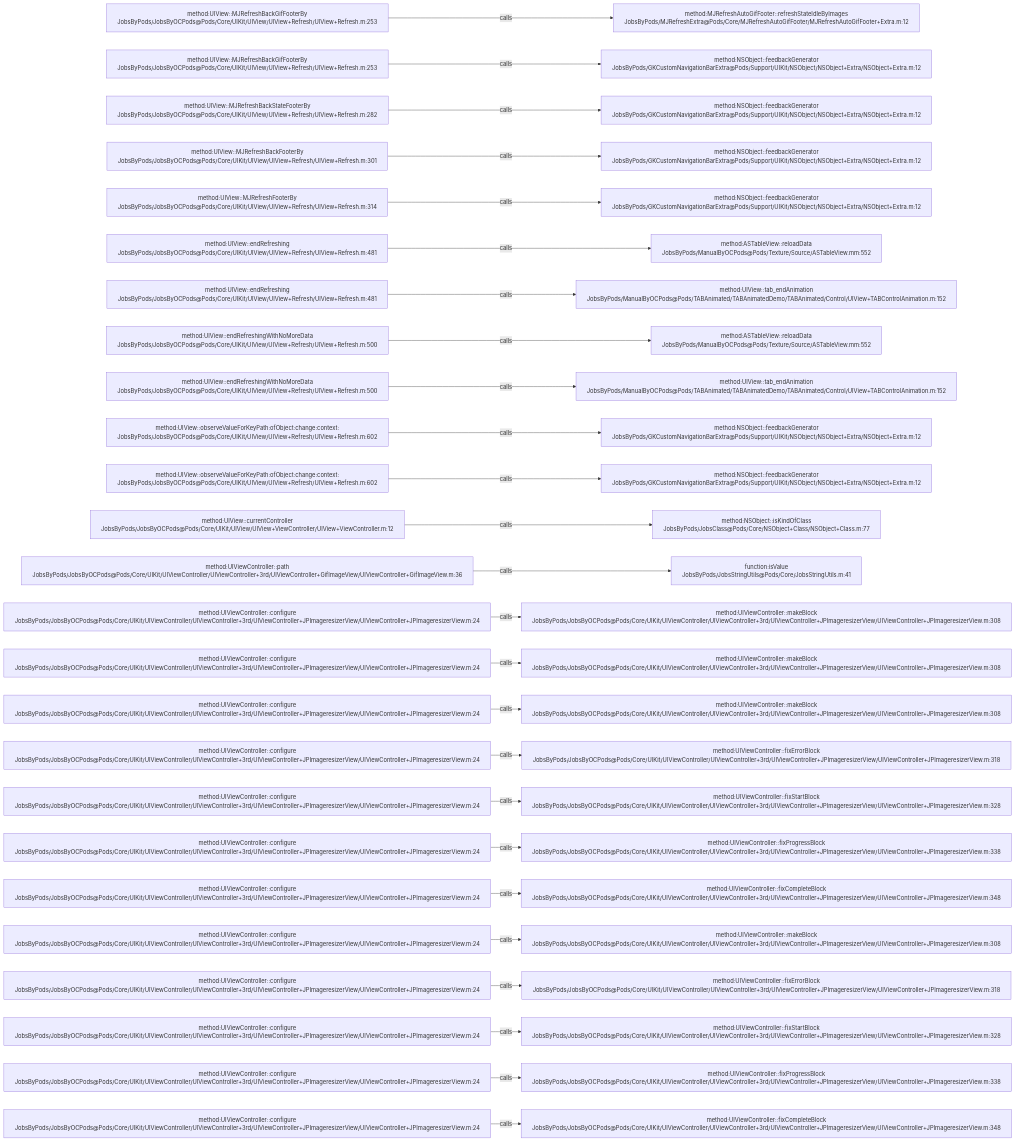
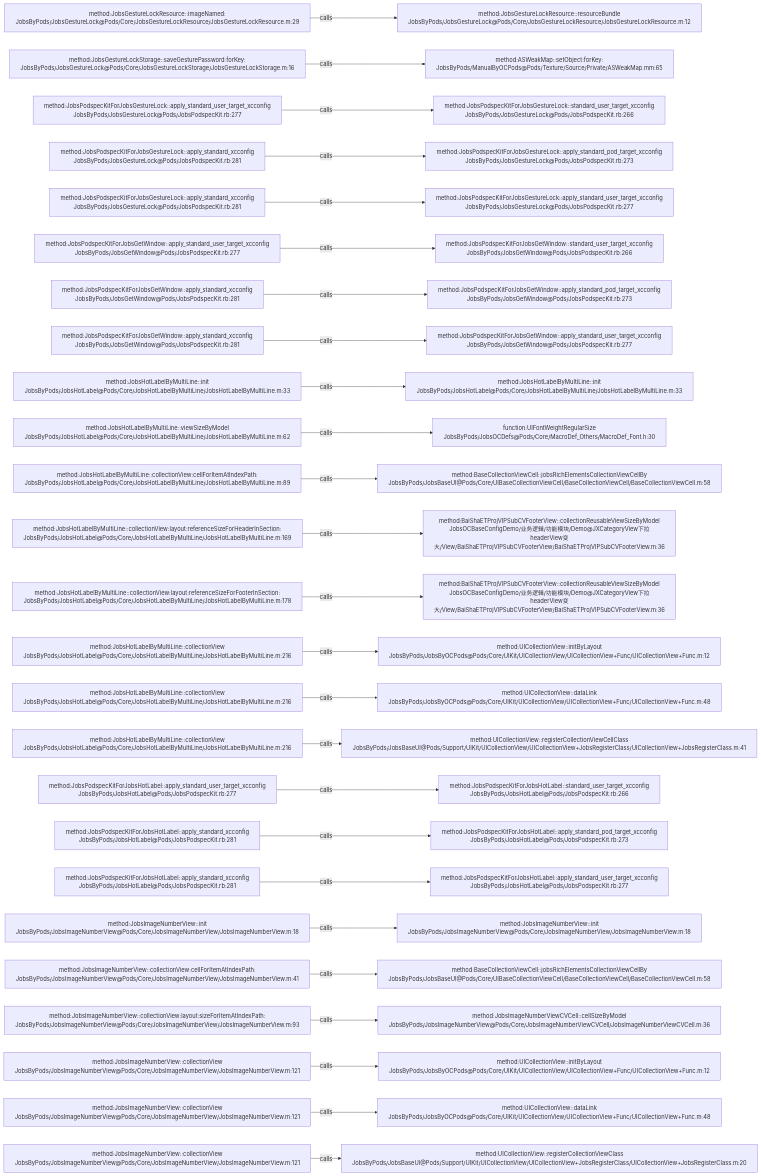
Before and after one commit to JobsKits/JobsOCBaseConfigDemo: the diagram in .codegraph/codegraph.md/graphs/calls-067.md, drawn with Mermaid. The commit also changed 573 other files, not shown here.

````diff
--- a/.codegraph/codegraph.md/graphs/calls-067.md
+++ b/.codegraph/codegraph.md/graphs/calls-067.md
@@ -13,78 +13,78 @@
 ```mermaid
 flowchart LR
-  S1["method:UIView::MJRefreshBackGifFooterBy<br/>JobsByPods/JobsByOCPods@Pods/Core/UIKit/UIView/UIView+Refresh/UIView+Refresh.m:253"]
-  T1["method:MJRefreshAutoGifFooter::refreshStateIdleByImages<br/>JobsByPods/MJRefreshExtra@Pods/Core/MJRefreshAutoGifFooter/MJRefreshAutoGifFooter+Extra.m:12"]
+  S1["method:JobsGestureLockResource::imageNamed:<br/>JobsByPods/JobsGestureLock@Pods/Core/JobsGestureLockResource/JobsGestureLockResource.m:29"]
+  T1["method:JobsGestureLockResource::resourceBundle<br/>JobsByPods/JobsGestureLock@Pods/Core/JobsGestureLockResource/JobsGestureLockResource.m:12"]
   S1 -->|calls| T1
-  S2["method:UIView::MJRefreshBackGifFooterBy<br/>JobsByPods/JobsByOCPods@Pods/Core/UIKit/UIView/UIView+Refresh/UIView+Refresh.m:253"]
-  T2["method:NSObject::feedbackGenerator<br/>JobsByPods/GKCustomNavigationBarExtra@Pods/Support/UIKit/NSObject/NSObject+Extra/NSObject+Extra.m:12"]
+  S2["method:JobsGestureLockStorage::saveGesturePassword:forKey:<br/>JobsByPods/JobsGestureLock@Pods/Core/JobsGestureLockStorage/JobsGestureLockStorage.m:16"]
+  T2["method:ASWeakMap::setObject:forKey:<br/>JobsByPods/ManualByOCPods@Pods/Texture/Source/Private/ASWeakMap.mm:65"]
   S2 -->|calls| T2
-  S3["method:UIView::MJRefreshBackStateFooterBy<br/>JobsByPods/JobsByOCPods@Pods/Core/UIKit/UIView/UIView+Refresh/UIView+Refresh.m:282"]
-  T3["method:NSObject::feedbackGenerator<br/>JobsByPods/GKCustomNavigationBarExtra@Pods/Support/UIKit/NSObject/NSObject+Extra/NSObject+Extra.m:12"]
+  S3["method:JobsPodspecKitForJobsGestureLock::apply_standard_user_target_xcconfig<br/>JobsByPods/JobsGestureLock@Pods/JobsPodspecKit.rb:277"]
+  T3["method:JobsPodspecKitForJobsGestureLock::standard_user_target_xcconfig<br/>JobsByPods/JobsGestureLock@Pods/JobsPodspecKit.rb:266"]
   S3 -->|calls| T3
-  S4["method:UIView::MJRefreshBackFooterBy<br/>JobsByPods/JobsByOCPods@Pods/Core/UIKit/UIView/UIView+Refresh/UIView+Refresh.m:301"]
-  T4["method:NSObject::feedbackGenerator<br/>JobsByPods/GKCustomNavigationBarExtra@Pods/Support/UIKit/NSObject/NSObject+Extra/NSObject+Extra.m:12"]
+  S4["method:JobsPodspecKitForJobsGestureLock::apply_standard_xcconfig<br/>JobsByPods/JobsGestureLock@Pods/JobsPodspecKit.rb:281"]
+  T4["method:JobsPodspecKitForJobsGestureLock::apply_standard_pod_target_xcconfig<br/>JobsByPods/JobsGestureLock@Pods/JobsPodspecKit.rb:273"]
   S4 -->|calls| T4
-  S5["method:UIView::MJRefreshFooterBy<br/>JobsByPods/JobsByOCPods@Pods/Core/UIKit/UIView/UIView+Refresh/UIView+Refresh.m:314"]
-  T5["method:NSObject::feedbackGenerator<br/>JobsByPods/GKCustomNavigationBarExtra@Pods/Support/UIKit/NSObject/NSObject+Extra/NSObject+Extra.m:12"]
+  S5["method:JobsPodspecKitForJobsGestureLock::apply_standard_xcconfig<br/>JobsByPods/JobsGestureLock@Pods/JobsPodspecKit.rb:281"]
+  T5["method:JobsPodspecKitForJobsGestureLock::apply_standard_user_target_xcconfig<br/>JobsByPods/JobsGestureLock@Pods/JobsPodspecKit.rb:277"]
   S5 -->|calls| T5
-  S6["method:UIView::endRefreshing<br/>JobsByPods/JobsByOCPods@Pods/Core/UIKit/UIView/UIView+Refresh/UIView+Refresh.m:481"]
-  T6["method:ASTableView::reloadData<br/>JobsByPods/ManualByOCPods@Pods/Texture/Source/ASTableView.mm:552"]
+  S6["method:JobsPodspecKitForJobsGetWindow::apply_standard_user_target_xcconfig<br/>JobsByPods/JobsGetWindow@Pods/JobsPodspecKit.rb:277"]
+  T6["method:JobsPodspecKitForJobsGetWindow::standard_user_target_xcconfig<br/>JobsByPods/JobsGetWindow@Pods/JobsPodspecKit.rb:266"]
   S6 -->|calls| T6
-  S7["method:UIView::endRefreshing<br/>JobsByPods/JobsByOCPods@Pods/Core/UIKit/UIView/UIView+Refresh/UIView+Refresh.m:481"]
-  T7["method:UIView::tab_endAnimation<br/>JobsByPods/ManualByOCPods@Pods/TABAnimated/TABAnimatedDemo/TABAnimated/Control/UIView+TABControlAnimation.m:152"]
+  S7["method:JobsPodspecKitForJobsGetWindow::apply_standard_xcconfig<br/>JobsByPods/JobsGetWindow@Pods/JobsPodspecKit.rb:281"]
+  T7["method:JobsPodspecKitForJobsGetWindow::apply_standard_pod_target_xcconfig<br/>JobsByPods/JobsGetWindow@Pods/JobsPodspecKit.rb:273"]
   S7 -->|calls| T7
-  S8["method:UIView::endRefreshingWithNoMoreData<br/>JobsByPods/JobsByOCPods@Pods/Core/UIKit/UIView/UIView+Refresh/UIView+Refresh.m:500"]
-  T8["method:ASTableView::reloadData<br/>JobsByPods/ManualByOCPods@Pods/Texture/Source/ASTableView.mm:552"]
+  S8["method:JobsPodspecKitForJobsGetWindow::apply_standard_xcconfig<br/>JobsByPods/JobsGetWindow@Pods/JobsPodspecKit.rb:281"]
+  T8["method:JobsPodspecKitForJobsGetWindow::apply_standard_user_target_xcconfig<br/>JobsByPods/JobsGetWindow@Pods/JobsPodspecKit.rb:277"]
   S8 -->|calls| T8
-  S9["method:UIView::endRefreshingWithNoMoreData<br/>JobsByPods/JobsByOCPods@Pods/Core/UIKit/UIView/UIView+Refresh/UIView+Refresh.m:500"]
-  T9["method:UIView::tab_endAnimation<br/>JobsByPods/ManualByOCPods@Pods/TABAnimated/TABAnimatedDemo/TABAnimated/Control/UIView+TABControlAnimation.m:152"]
+  S9["method:JobsHotLabelByMultiLine::init<br/>JobsByPods/JobsHotLabel@Pods/Core/JobsHotLabelByMultiLine/JobsHotLabelByMultiLine.m:33"]
+  T9["method:JobsHotLabelByMultiLine::init<br/>JobsByPods/JobsHotLabel@Pods/Core/JobsHotLabelByMultiLine/JobsHotLabelByMultiLine.m:33"]
   S9 -->|calls| T9
-  S10["method:UIView::observeValueForKeyPath:ofObject:change:context:<br/>JobsByPods/JobsByOCPods@Pods/Core/UIKit/UIView/UIView+Refresh/UIView+Refresh.m:602"]
-  T10["method:NSObject::feedbackGenerator<br/>JobsByPods/GKCustomNavigationBarExtra@Pods/Support/UIKit/NSObject/NSObject+Extra/NSObject+Extra.m:12"]
+  S10["method:JobsHotLabelByMultiLine::viewSizeByModel<br/>JobsByPods/JobsHotLabel@Pods/Core/JobsHotLabelByMultiLine/JobsHotLabelByMultiLine.m:62"]
+  T10["function:UIFontWeightRegularSize<br/>JobsByPods/JobsOCDefs@Pods/Core/MacroDef_Others/MacroDef_Font.h:30"]
   S10 -->|calls| T10
-  S11["method:UIView::observeValueForKeyPath:ofObject:change:context:<br/>JobsByPods/JobsByOCPods@Pods/Core/UIKit/UIView/UIView+Refresh/UIView+Refresh.m:602"]
-  T11["method:NSObject::feedbackGenerator<br/>JobsByPods/GKCustomNavigationBarExtra@Pods/Support/UIKit/NSObject/NSObject+Extra/NSObject+Extra.m:12"]
+  S11["method:JobsHotLabelByMultiLine::collectionView:cellForItemAtIndexPath:<br/>JobsByPods/JobsHotLabel@Pods/Core/JobsHotLabelByMultiLine/JobsHotLabelByMultiLine.m:89"]
+  T11["method:BaseCollectionViewCell::jobsRichElementsCollectionViewCellBy<br/>JobsByPods/JobsBaseUI@Pods/Core/UIBaseCollectionViewCell/BaseCollectionViewCell/BaseCollectionViewCell.m:58"]
   S11 -->|calls| T11
-  S12["method:UIView::currentController<br/>JobsByPods/JobsByOCPods@Pods/Core/UIKit/UIView/UIView+ViewController/UIView+ViewController.m:12"]
-  T12["method:NSObject::isKindOfClass<br/>JobsByPods/JobsClass@Pods/Core/NSObject+Class/NSObject+Class.m:77"]
+  S12["method:JobsHotLabelByMultiLine::collectionView:layout:referenceSizeForHeaderInSection:<br/>JobsByPods/JobsHotLabel@Pods/Core/JobsHotLabelByMultiLine/JobsHotLabelByMultiLine.m:169"]
+  T12["method:BaiShaETProjVIPSubCVFooterView::collectionReusableViewSizeByModel<br/>JobsOCBaseConfigDemo/业务逻辑/功能模块/Demo@JXCategoryView下拉headerView变大/View/BaiShaETProjVIPSubCVFooterView/BaiShaETProjVIPSubCVFooterView.m:36"]
   S12 -->|calls| T12
-  S13["method:UIViewController::path<br/>JobsByPods/JobsByOCPods@Pods/Core/UIKit/UIViewController/UIViewController+3rd/UIViewController+GifImageView/UIViewController+GifImageView.m:36"]
-  T13["function:isValue<br/>JobsByPods/JobsStringUtils@Pods/Core/JobsStringUtils.m:41"]
+  S13["method:JobsHotLabelByMultiLine::collectionView:layout:referenceSizeForFooterInSection:<br/>JobsByPods/JobsHotLabel@Pods/Core/JobsHotLabelByMultiLine/JobsHotLabelByMultiLine.m:178"]
+  T13["method:BaiShaETProjVIPSubCVFooterView::collectionReusableViewSizeByModel<br/>JobsOCBaseConfigDemo/业务逻辑/功能模块/Demo@JXCategoryView下拉headerView变大/View/BaiShaETProjVIPSubCVFooterView/BaiShaETProjVIPSubCVFooterView.m:36"]
   S13 -->|calls| T13
-  S14["method:UIViewController::configure<br/>JobsByPods/JobsByOCPods@Pods/Core/UIKit/UIViewController/UIViewController+3rd/UIViewController+JPImageresizerView/UIViewController+JPImageresizerView.m:24"]
-  T14["method:UIViewController::makeBlock<br/>JobsByPods/JobsByOCPods@Pods/Core/UIKit/UIViewController/UIViewController+3rd/UIViewController+JPImageresizerView/UIViewController+JPImageresizerView.m:308"]
+  S14["method:JobsHotLabelByMultiLine::collectionView<br/>JobsByPods/JobsHotLabel@Pods/Core/JobsHotLabelByMultiLine/JobsHotLabelByMultiLine.m:216"]
+  T14["method:UICollectionView::initByLayout<br/>JobsByPods/JobsByOCPods@Pods/Core/UIKit/UICollectionView/UICollectionView+Func/UICollectionView+Func.m:12"]
   S14 -->|calls| T14
-  S15["method:UIViewController::configure<br/>JobsByPods/JobsByOCPods@Pods/Core/UIKit/UIViewController/UIViewController+3rd/UIViewController+JPImageresizerView/UIViewController+JPImageresizerView.m:24"]
-  T15["method:UIViewController::makeBlock<br/>JobsByPods/JobsByOCPods@Pods/Core/UIKit/UIViewController/UIViewController+3rd/UIViewController+JPImageresizerView/UIViewController+JPImageresizerView.m:308"]
+  S15["method:JobsHotLabelByMultiLine::collectionView<br/>JobsByPods/JobsHotLabel@Pods/Core/JobsHotLabelByMultiLine/JobsHotLabelByMultiLine.m:216"]
+  T15["method:UICollectionView::dataLink<br/>JobsByPods/JobsByOCPods@Pods/Core/UIKit/UICollectionView/UICollectionView+Func/UICollectionView+Func.m:48"]
   S15 -->|calls| T15
-  S16["method:UIViewController::configure<br/>JobsByPods/JobsByOCPods@Pods/Core/UIKit/UIViewController/UIViewController+3rd/UIViewController+JPImageresizerView/UIViewController+JPImageresizerView.m:24"]
-  T16["method:UIViewController::makeBlock<br/>JobsByPods/JobsByOCPods@Pods/Core/UIKit/UIViewController/UIViewController+3rd/UIViewController+JPImageresizerView/UIViewController+JPImageresizerView.m:308"]
+  S16["method:JobsHotLabelByMultiLine::collectionView<br/>JobsByPods/JobsHotLabel@Pods/Core/JobsHotLabelByMultiLine/JobsHotLabelByMultiLine.m:216"]
+  T16["method:UICollectionView::registerCollectionViewCellClass<br/>JobsByPods/JobsBaseUI@Pods/Support/UIKit/UICollectionView/UICollectionView+JobsRegisterClass/UICollectionView+JobsRegisterClass.m:41"]
   S16 -->|calls| T16
-  S17["method:UIViewController::configure<br/>JobsByPods/JobsByOCPods@Pods/Core/UIKit/UIViewController/UIViewController+3rd/UIViewController+JPImageresizerView/UIViewController+JPImageresizerView.m:24"]
-  T17["method:UIViewController::fixErrorBlock<br/>JobsByPods/JobsByOCPods@Pods/Core/UIKit/UIViewController/UIViewController+3rd/UIViewController+JPImageresizerView/UIViewController+JPImageresizerView.m:318"]
+  S17["method:JobsPodspecKitForJobsHotLabel::apply_standard_user_target_xcconfig<br/>JobsByPods/JobsHotLabel@Pods/JobsPodspecKit.rb:277"]
+  T17["method:JobsPodspecKitForJobsHotLabel::standard_user_target_xcconfig<br/>JobsByPods/JobsHotLabel@Pods/JobsPodspecKit.rb:266"]
   S17 -->|calls| T17
-  S18["method:UIViewController::configure<br/>JobsByPods/JobsByOCPods@Pods/Core/UIKit/UIViewController/UIViewController+3rd/UIViewController+JPImageresizerView/UIViewController+JPImageresizerView.m:24"]
-  T18["method:UIViewController::fixStartBlock<br/>JobsByPods/JobsByOCPods@Pods/Core/UIKit/UIViewController/UIViewController+3rd/UIViewController+JPImageresizerView/UIViewController+JPImageresizerView.m:328"]
+  S18["method:JobsPodspecKitForJobsHotLabel::apply_standard_xcconfig<br/>JobsByPods/JobsHotLabel@Pods/JobsPodspecKit.rb:281"]
+  T18["method:JobsPodspecKitForJobsHotLabel::apply_standard_pod_target_xcconfig<br/>JobsByPods/JobsHotLabel@Pods/JobsPodspecKit.rb:273"]
   S18 -->|calls| T18
-  S19["method:UIViewController::configure<br/>JobsByPods/JobsByOCPods@Pods/Core/UIKit/UIViewController/UIViewController+3rd/UIViewController+JPImageresizerView/UIViewController+JPImageresizerView.m:24"]
-  T19["method:UIViewController::fixProgressBlock<br/>JobsByPods/JobsByOCPods@Pods/Core/UIKit/UIViewController/UIViewController+3rd/UIViewController+JPImageresizerView/UIViewController+JPImageresizerView.m:338"]
+  S19["method:JobsPodspecKitForJobsHotLabel::apply_standard_xcconfig<br/>JobsByPods/JobsHotLabel@Pods/JobsPodspecKit.rb:281"]
+  T19["method:JobsPodspecKitForJobsHotLabel::apply_standard_user_target_xcconfig<br/>JobsByPods/JobsHotLabel@Pods/JobsPodspecKit.rb:277"]
   S19 -->|calls| T19
-  S20["method:UIViewController::configure<br/>JobsByPods/JobsByOCPods@Pods/Core/UIKit/UIViewController/UIViewController+3rd/UIViewController+JPImageresizerView/UIViewController+JPImageresizerView.m:24"]
-  T20["method:UIViewController::fixCompleteBlock<br/>JobsByPods/JobsByOCPods@Pods/Core/UIKit/UIViewController/UIViewController+3rd/UIViewController+JPImageresizerView/UIViewController+JPImageresizerView.m:348"]
+  S20["method:JobsImageNumberView::init<br/>JobsByPods/JobsImageNumberView@Pods/Core/JobsImageNumberView/JobsImageNumberView.m:18"]
+  T20["method:JobsImageNumberView::init<br/>JobsByPods/JobsImageNumberView@Pods/Core/JobsImageNumberView/JobsImageNumberView.m:18"]
   S20 -->|calls| T20
-  S21["method:UIViewController::configure<br/>JobsByPods/JobsByOCPods@Pods/Core/UIKit/UIViewController/UIViewController+3rd/UIViewController+JPImageresizerView/UIViewController+JPImageresizerView.m:24"]
-  T21["method:UIViewController::makeBlock<br/>JobsByPods/JobsByOCPods@Pods/Core/UIKit/UIViewController/UIViewController+3rd/UIViewController+JPImageresizerView/UIViewController+JPImageresizerView.m:308"]
+  S21["method:JobsImageNumberView::collectionView:cellForItemAtIndexPath:<br/>JobsByPods/JobsImageNumberView@Pods/Core/JobsImageNumberView/JobsImageNumberView.m:41"]
+  T21["method:BaseCollectionViewCell::jobsRichElementsCollectionViewCellBy<br/>JobsByPods/JobsBaseUI@Pods/Core/UIBaseCollectionViewCell/BaseCollectionViewCell/BaseCollectionViewCell.m:58"]
   S21 -->|calls| T21
-  S22["method:UIViewController::configure<br/>JobsByPods/JobsByOCPods@Pods/Core/UIKit/UIViewController/UIViewController+3rd/UIViewController+JPImageresizerView/UIViewController+JPImageresizerView.m:24"]
-  T22["method:UIViewController::fixErrorBlock<br/>JobsByPods/JobsByOCPods@Pods/Core/UIKit/UIViewController/UIViewController+3rd/UIViewController+JPImageresizerView/UIViewController+JPImageresizerView.m:318"]
+  S22["method:JobsImageNumberView::collectionView:layout:sizeForItemAtIndexPath:<br/>JobsByPods/JobsImageNumberView@Pods/Core/JobsImageNumberView/JobsImageNumberView.m:93"]
+  T22["method:JobsImageNumberViewCVCell::cellSizeByModel<br/>JobsByPods/JobsImageNumberView@Pods/Core/JobsImageNumberViewCVCell/JobsImageNumberViewCVCell.m:36"]
   S22 -->|calls| T22
-  S23["method:UIViewController::configure<br/>JobsByPods/JobsByOCPods@Pods/Core/UIKit/UIViewController/UIViewController+3rd/UIViewController+JPImageresizerView/UIViewController+JPImageresizerView.m:24"]
-  T23["method:UIViewController::fixStartBlock<br/>JobsByPods/JobsByOCPods@Pods/Core/UIKit/UIViewController/UIViewController+3rd/UIViewController+JPImageresizerView/UIViewController+JPImageresizerView.m:328"]
+  S23["method:JobsImageNumberView::collectionView<br/>JobsByPods/JobsImageNumberView@Pods/Core/JobsImageNumberView/JobsImageNumberView.m:121"]
+  T23["method:UICollectionView::initByLayout<br/>JobsByPods/JobsByOCPods@Pods/Core/UIKit/UICollectionView/UICollectionView+Func/UICollectionView+Func.m:12"]
   S23 -->|calls| T23
-  S24["method:UIViewController::configure<br/>JobsByPods/JobsByOCPods@Pods/Core/UIKit/UIViewController/UIViewController+3rd/UIViewController+JPImageresizerView/UIViewController+JPImageresizerView.m:24"]
-  T24["method:UIViewController::fixProgressBlock<br/>JobsByPods/JobsByOCPods@Pods/Core/UIKit/UIViewController/UIViewController+3rd/UIViewController+JPImageresizerView/UIViewController+JPImageresizerView.m:338"]
+  S24["method:JobsImageNumberView::collectionView<br/>JobsByPods/JobsImageNumberView@Pods/Core/JobsImageNumberView/JobsImageNumberView.m:121"]
+  T24["method:UICollectionView::dataLink<br/>JobsByPods/JobsByOCPods@Pods/Core/UIKit/UICollectionView/UICollectionView+Func/UICollectionView+Func.m:48"]
   S24 -->|calls| T24
-  S25["method:UIViewController::configure<br/>JobsByPods/JobsByOCPods@Pods/Core/UIKit/UIViewController/UIViewController+3rd/UIViewController+JPImageresizerView/UIViewController+JPImageresizerView.m:24"]
-  T25["method:UIViewController::fixCompleteBlock<br/>JobsByPods/JobsByOCPods@Pods/Core/UIKit/UIViewController/UIViewController+3rd/UIViewController+JPImageresizerView/UIViewController+JPImageresizerView.m:348"]
+  S25["method:JobsImageNumberView::collectionView<br/>JobsByPods/JobsImageNumberView@Pods/Core/JobsImageNumberView/JobsImageNumberView.m:121"]
+  T25["method:UICollectionView::registerCollectionViewClass<br/>JobsByPods/JobsBaseUI@Pods/Support/UIKit/UICollectionView/UICollectionView+JobsRegisterClass/UICollectionView+JobsRegisterClass.m:20"]
   S25 -->|calls| T25
 ```
````
